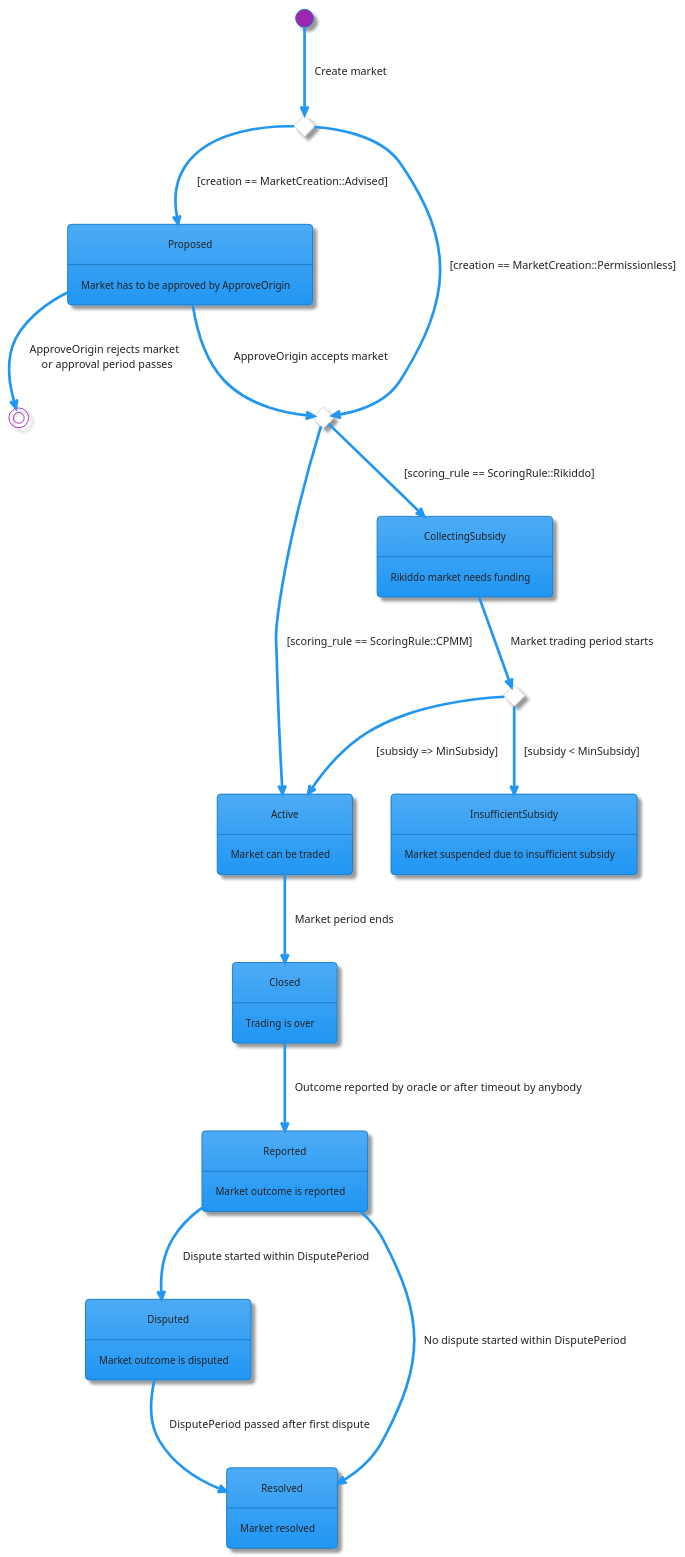
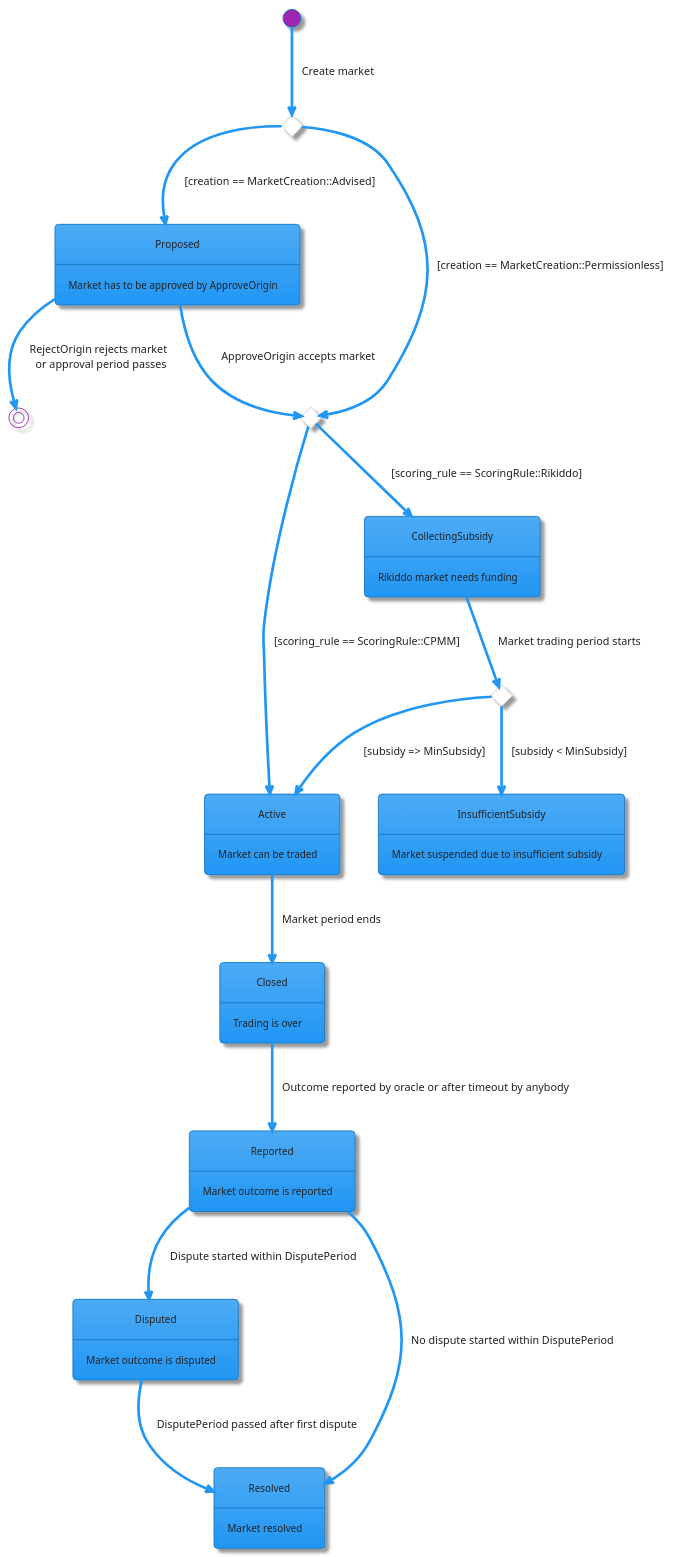
The diagram in docs/diagrams/src/market_state_diagram.puml (zeitgeistpm/zeitgeist), drawn with PlantUML before and after one commit.

```diff
--- a/docs/diagrams/src/market_state_diagram.puml
+++ b/docs/diagrams/src/market_state_diagram.puml
@@ -1,46 +1,46 @@
 @startuml
 !theme materia
 
 'States
 state Active : Market can be traded
 state Closed : Trading is over
 state CollectingSubsidy : Rikiddo market needs funding
 state Disputed: Market outcome is disputed
 state InsufficientSubsidy : Market suspended due to insufficient subsidy
 state Proposed : Market has to be approved by ApproveOrigin
 state Reported : Market outcome is reported
 state Resolved : Market resolved
 
 'Choices
 state cpmm_or_rikiddo <<choice>>
 state advised_or_proposed_cpmm <<choice>>
 state enough_subsidy <<choice>>
 
 'Create market
 [*] --> advised_or_proposed_cpmm : Create market
 advised_or_proposed_cpmm --> cpmm_or_rikiddo : [creation == MarketCreation::Permissionless]
 advised_or_proposed_cpmm --> Proposed : [creation == MarketCreation::Advised]
 
 cpmm_or_rikiddo --> Active : [scoring_rule == ScoringRule::CPMM]
 cpmm_or_rikiddo --> CollectingSubsidy : [scoring_rule == ScoringRule::Rikiddo]
 
 'Delete or activate a market
 Proposed --> cpmm_or_rikiddo : ApproveOrigin accepts market
-Proposed --> [*] : ApproveOrigin rejects market \n or approval period passes
+Proposed --> [*] : RejectOrigin rejects market \n or approval period passes
 
 CollectingSubsidy --> enough_subsidy : Market trading period starts
 enough_subsidy --> Active : [subsidy => MinSubsidy]
 enough_subsidy --> InsufficientSubsidy : [subsidy < MinSubsidy]
 
 'Report market
 Active --> Closed: Market period ends
 Closed --> Reported : Outcome reported by oracle or after timeout by anybody
 
 'Dispute or resolve directly
 Reported --> Disputed : Dispute started within DisputePeriod
 Reported --> Resolved : No dispute started within DisputePeriod
 
 'Disputed market resolves
 Disputed --> Resolved : DisputePeriod passed after first dispute
 
 @enduml
```
